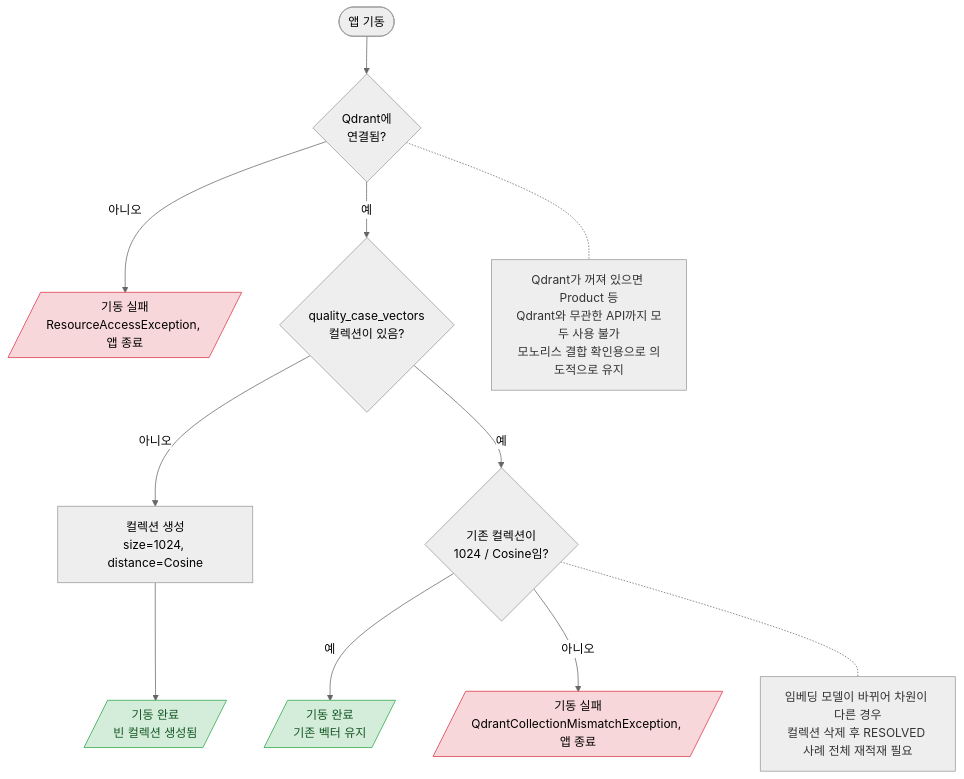
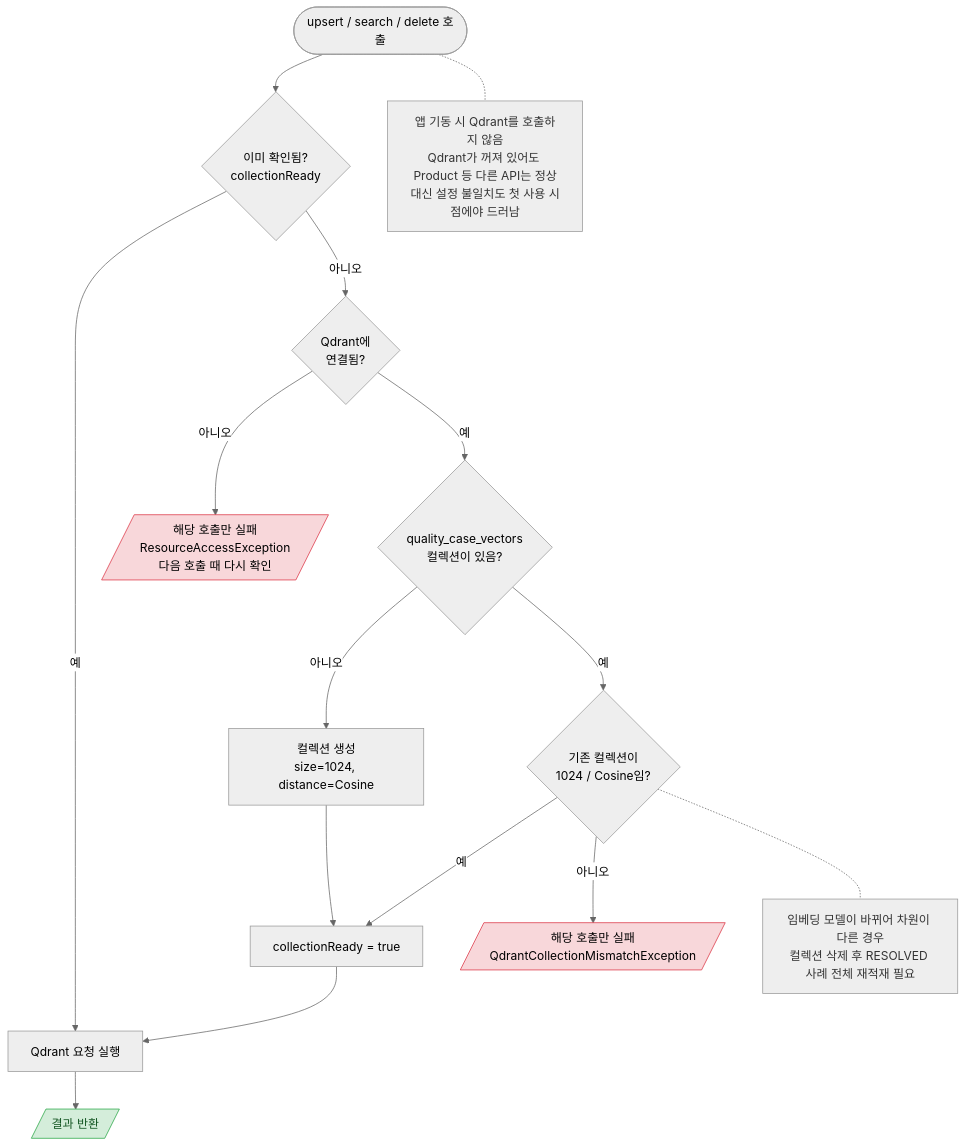
One commit to Gaktsu/side_proejct1 changed the diagram in project/diagrams/09-qdrant-ensure-collection.md. Above: the diagram before and after it, drawn with Mermaid (neutral theme). The commit also changed other lines of this file and 6 other files, not shown here.

First line of the commit message:
Qdrant 결합 끊기: 기동 시 확인 제거, 첫 호출 시 컬렉션 확인

````diff
--- a/project/diagrams/09-qdrant-ensure-collection.md
+++ b/project/diagrams/09-qdrant-ensure-collection.md
@@ -5,21 +5,25 @@
 ```mermaid
 flowchart TD
-    A([앱 기동]) --> B{Qdrant에<br/>연결됨?}
-    B -- 아니오 --> RDOWN[/기동 실패<br/>ResourceAccessException, 앱 종료/]
+    A([upsert / search / delete 호출]) --> R{이미 확인됨?<br/>collectionReady}
+    R -- 예 --> CALL[Qdrant 요청 실행]
+    R -- 아니오 --> B{Qdrant에<br/>연결됨?}
+    B -- 아니오 --> RDOWN[/해당 호출만 실패<br/>ResourceAccessException<br/>다음 호출 때 다시 확인/]
     B -- 예 --> C{quality_case_vectors<br/>컬렉션이 있음?}
     C -- 아니오 --> D[컬렉션 생성<br/>size=1024, distance=Cosine]
-    D --> ROK1[/기동 완료<br/>빈 컬렉션 생성됨/]
+    D --> SET[collectionReady = true]
     C -- 예 --> E{기존 컬렉션이<br/>1024 / Cosine임?}
-    E -- 예 --> ROK2[/기동 완료<br/>기존 벡터 유지/]
-    E -- 아니오 --> RMIS[/기동 실패<br/>QdrantCollectionMismatchException, 앱 종료/]
+    E -- 예 --> SET
+    E -- 아니오 --> RMIS[/해당 호출만 실패<br/>QdrantCollectionMismatchException/]
+    SET --> CALL
+    CALL --> ROK[/결과 반환/]
 
-    B -.- N1[Qdrant가 꺼져 있으면 Product 등<br/>Qdrant와 무관한 API까지 모두 사용 불가<br/>모노리스 결합 확인용으로 의도적으로 유지]
+    A -.- N1[앱 기동 시 Qdrant를 호출하지 않음<br/>Qdrant가 꺼져 있어도 Product 등 다른 API는 정상<br/>대신 설정 불일치도 첫 사용 시점에야 드러남]
     E -.- N2[임베딩 모델이 바뀌어 차원이 다른 경우<br/>컬렉션 삭제 후 RESOLVED 사례 전체 재적재 필요]
 
     classDef ok fill:#d4edda,stroke:#28a745,color:#155724
     classDef fail fill:#f8d7da,stroke:#dc3545,color:#000000
     classDef note fill:#eeeeee,stroke:#999999,color:#333333
-    class ROK1,ROK2 ok
+    class ROK ok
     class RDOWN,RMIS fail
     class N1,N2 note
 ```
````
